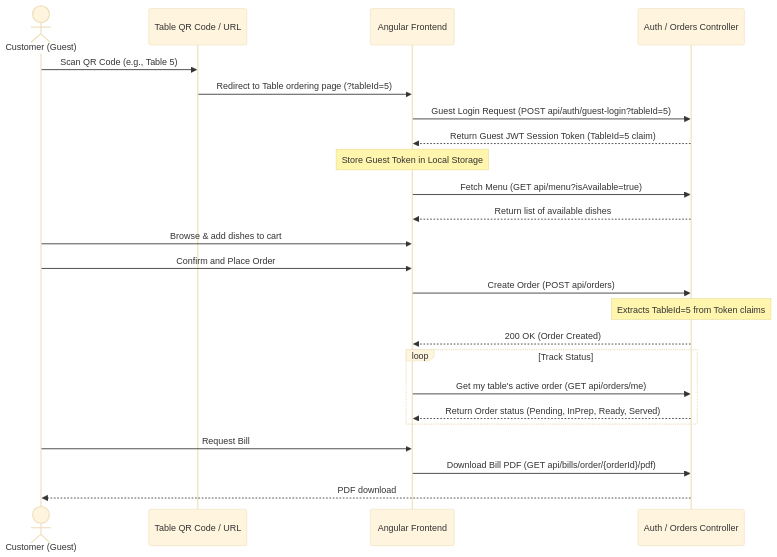
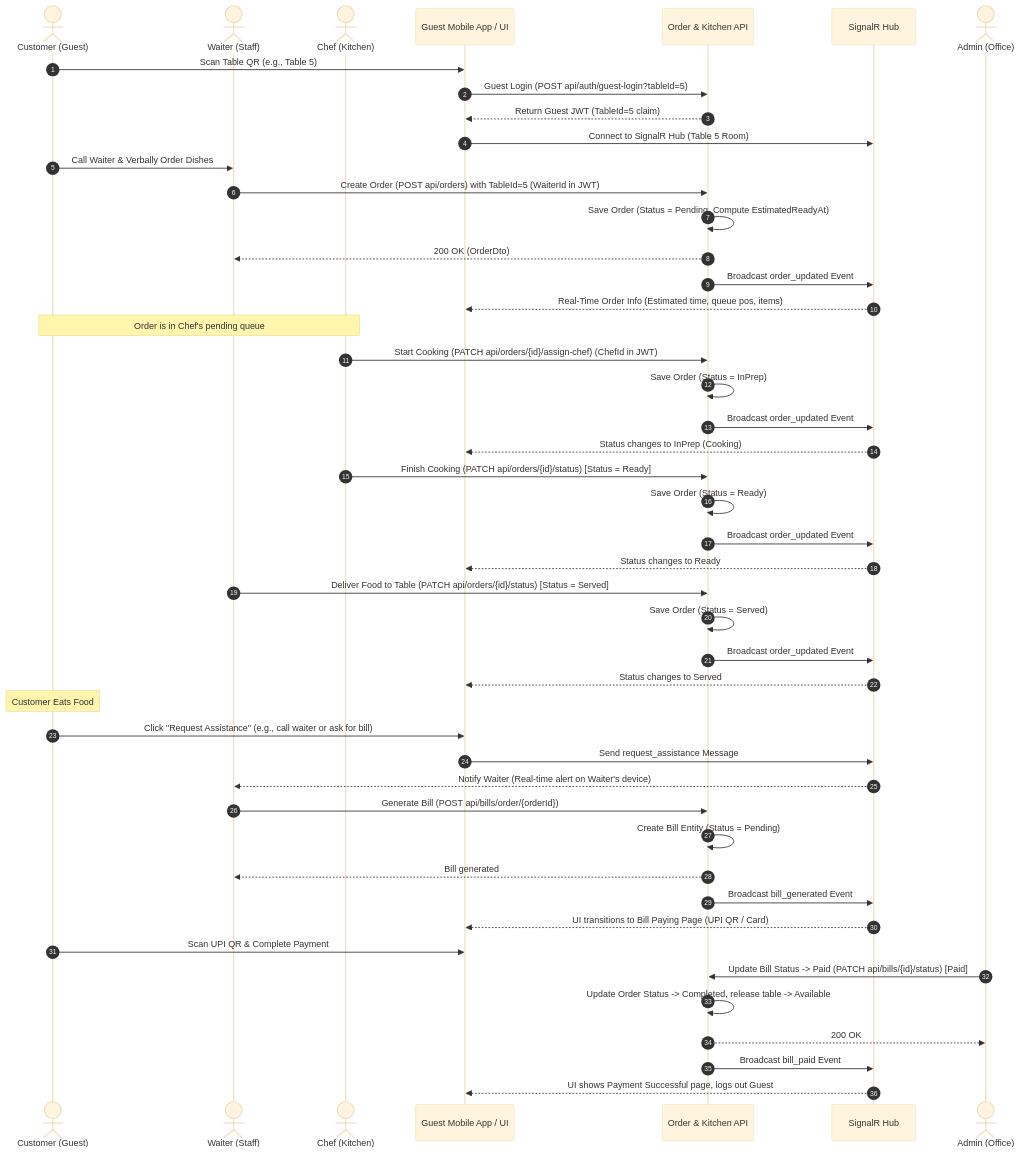
Before and after one commit to Sarveshgith/Genspark-Training: the third of 4 diagrams in OrderNKitchenMS-Engine/OrderNKitchenMS-API/Documentation/workflows.md, drawn with Mermaid (base theme). The commit also changed other lines of this file and 23 other files, not shown here.

````diff
--- a/OrderNKitchenMS-Engine/OrderNKitchenMS-API/Documentation/workflows.md
+++ b/OrderNKitchenMS-Engine/OrderNKitchenMS-API/Documentation/workflows.md
@@ -109,30 +109,59 @@
 ```mermaid
 sequenceDiagram
+    autonumber
     actor Guest as Customer (Guest)
-    participant QR as Table QR Code / URL
-    participant UI as Angular Frontend
-    participant API as Auth / Orders Controller
+    actor Waiter as Waiter (Staff)
+    actor Chef as Chef (Kitchen)
+    participant UI as Guest Mobile App / UI
+    participant API as Order & Kitchen API
+    participant SigR as SignalR Hub
+    actor Admin as Admin (Office)
 
-    Guest->>QR: Scan QR Code (e.g., Table 5)
-    QR->>UI: Redirect to Table ordering page (?tableId=5)
-    UI->>API: Guest Login Request (POST api/auth/guest-login?tableId=5)
-    API-->>UI: Return Guest JWT Session Token (TableId=5 claim)
-    Note over UI: Store Guest Token in Local Storage
+    Guest->>UI: Scan Table QR (e.g., Table 5)
+    UI->>API: Guest Login (POST api/auth/guest-login?tableId=5)
+    API-->>UI: Return Guest JWT (TableId=5 claim)
+    UI->>SigR: Connect to SignalR Hub (Table 5 Room)
 
-    UI->>API: Fetch Menu (GET api/menu?isAvailable=true)
-    API-->>UI: Return list of available dishes
-    Guest->>UI: Browse & add dishes to cart
-    Guest->>UI: Confirm and Place Order
-    UI->>API: Create Order (POST api/orders)
-    Note over API: Extracts TableId=5 from Token claims
-    API-->>UI: 200 OK (Order Created)
+    Guest->>Waiter: Call Waiter & Verbally Order Dishes
+    Waiter->>API: Create Order (POST api/orders) with TableId=5 (WaiterId in JWT)
+    API->>API: Save Order (Status = Pending, Compute EstimatedReadyAt)
+    API-->>Waiter: 200 OK (OrderDto)
+    API->>SigR: Broadcast order_updated Event
+    SigR-->>UI: Real-Time Order Info (Estimated time, queue pos, items)
 
-    loop Track Status
-        UI->>API: Get my table's active order (GET api/orders/me)
-        API-->>UI: Return Order status (Pending, InPrep, Ready, Served)
-    end
+    Note over Guest, Chef: Order is in Chef's pending queue
 
-    Guest->>UI: Request Bill
-    UI->>API: Download Bill PDF (GET api/bills/order/{orderId}/pdf)
-    API-->>Guest: PDF download
+    Chef->>API: Start Cooking (PATCH api/orders/{id}/assign-chef) (ChefId in JWT)
+    API->>API: Save Order (Status = InPrep)
+    API->>SigR: Broadcast order_updated Event
+    SigR-->>UI: Status changes to InPrep (Cooking)
+
+    Chef->>API: Finish Cooking (PATCH api/orders/{id}/status) [Status = Ready]
+    API->>API: Save Order (Status = Ready)
+    API->>SigR: Broadcast order_updated Event
+    SigR-->>UI: Status changes to Ready
+
+    Waiter->>API: Deliver Food to Table (PATCH api/orders/{id}/status) [Status = Served]
+    API->>API: Save Order (Status = Served)
+    API->>SigR: Broadcast order_updated Event
+    SigR-->>UI: Status changes to Served
+
+    Note over Guest: Customer Eats Food
+
+    Guest->>UI: Click "Request Assistance" (e.g., call waiter or ask for bill)
+    UI->>SigR: Send request_assistance Message
+    SigR-->>Waiter: Notify Waiter (Real-time alert on Waiter's device)
+
+    Waiter->>API: Generate Bill (POST api/bills/order/{orderId})
+    API->>API: Create Bill Entity (Status = Pending)
+    API-->>Waiter: Bill generated
+    API->>SigR: Broadcast bill_generated Event
+    SigR-->>UI: UI transitions to Bill Paying Page (UPI QR / Card)
+
+    Guest->>UI: Scan UPI QR & Complete Payment
+    Admin->>API: Update Bill Status -> Paid (PATCH api/bills/{id}/status) [Paid]
+    API->>API: Update Order Status -> Completed, release table -> Available
+    API-->>Admin: 200 OK
+    API->>SigR: Broadcast bill_paid Event
+    SigR-->>UI: UI shows Payment Successful page, logs out Guest
 ```
````
